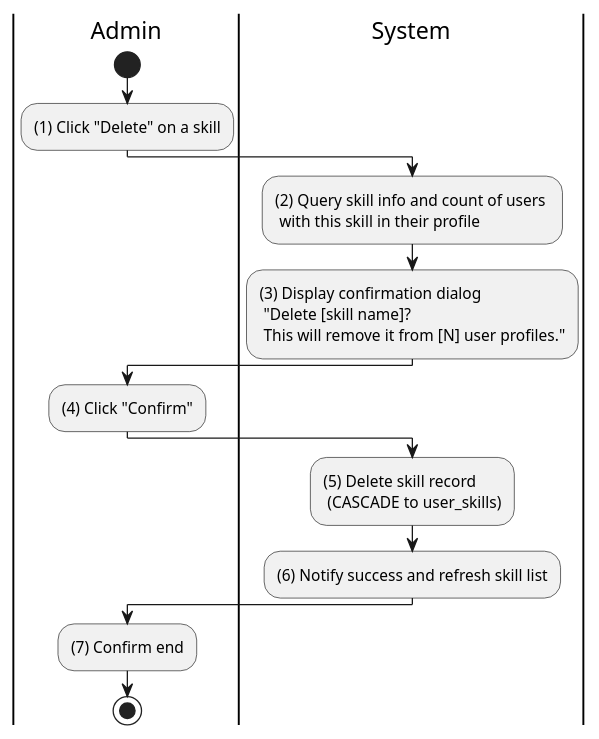
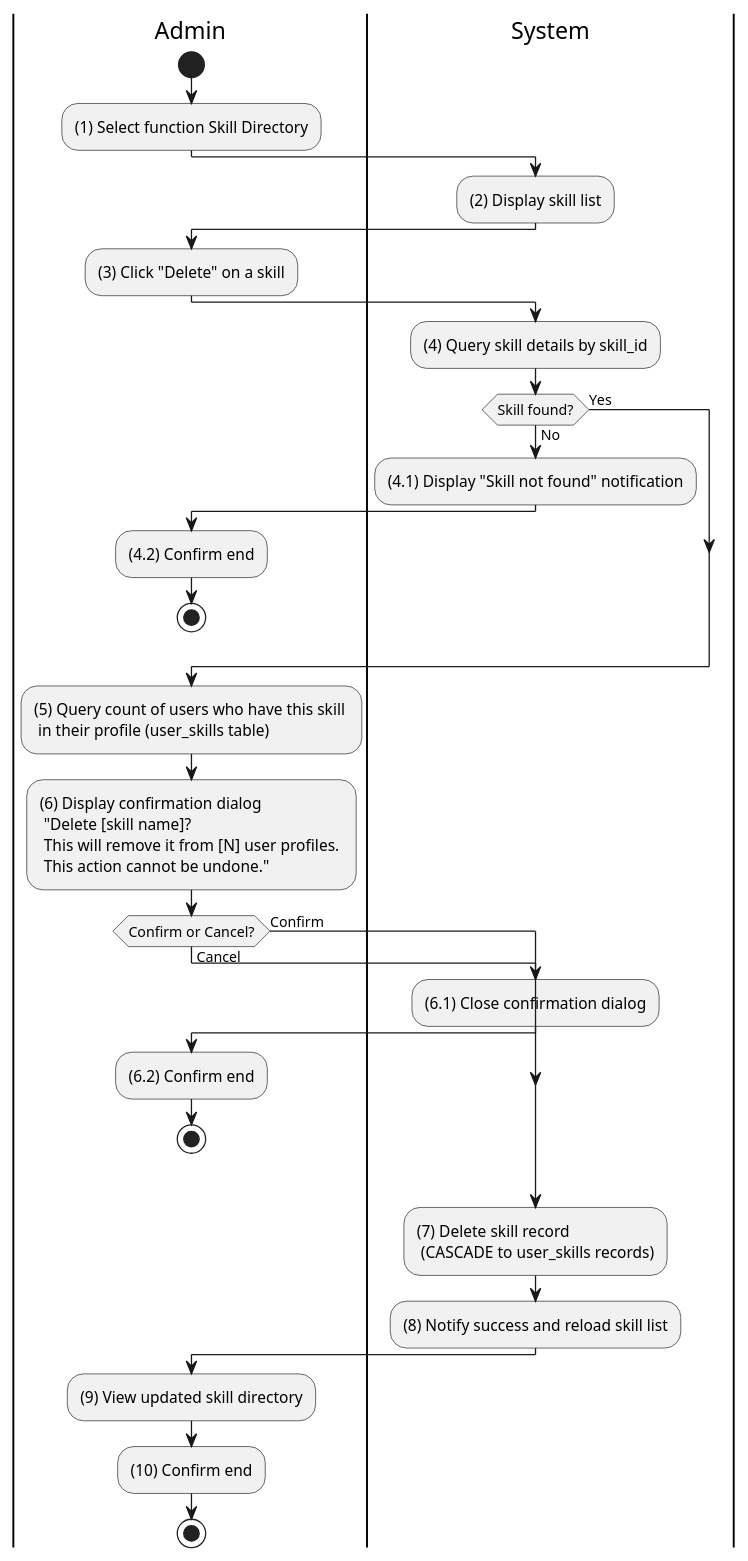
The diagram in docs/docs/activity/admin/delete-system-skill.md (taskpilot-platform/taskpilot-platform.github.io), drawn with PlantUML before and after one commit. The commit also changed 9 other files, not shown here.

First line of the commit message:
docs(activity): expand 10 short activity diagram files with detailed flows

````diff
--- a/docs/docs/activity/admin/delete-system-skill.md
+++ b/docs/docs/activity/admin/delete-system-skill.md
@@ -3,26 +3,51 @@
 ```plantuml
 @startuml
 |A|Admin
 |S|System
 
 |A|
 start
-:(1) Click "Delete" on a skill;
+
+:(1) Select function Skill Directory;
 
 |S|
-:(2) Query skill info and count of users \n with this skill in their profile;
-:(3) Display confirmation dialog \n "Delete [skill name]? \n This will remove it from [N] user profiles.";
+:(2) Display skill list;
 
 |A|
-:(4) Click "Confirm";
+:(3) Click "Delete" on a skill;
 
 |S|
-:(5) Delete skill record \n (CASCADE to user_skills);
-:(6) Notify success and refresh skill list;
+:(4) Query skill details by skill_id;
+
+if (Skill found?) then (No)
+  :(4.1) Display "Skill not found" notification;
+  |A|
+  :(4.2) Confirm end;
+  stop
+else (Yes)
+endif
+
+:(5) Query count of users who have this skill \n in their profile (user_skills table);
+:(6) Display confirmation dialog \n "Delete [skill name]? \n This will remove it from [N] user profiles. \n This action cannot be undone.";
 
 |A|
-:(7) Confirm end;
+if (Confirm or Cancel?) then (Cancel)
+  |S|
+  :(6.1) Close confirmation dialog;
+  |A|
+  :(6.2) Confirm end;
+  stop
+else (Confirm)
+endif
+
+|S|
+:(7) Delete skill record \n (CASCADE to user_skills records);
+:(8) Notify success and reload skill list;
+
+|A|
+:(9) View updated skill directory;
+:(10) Confirm end;
 
 stop
 @enduml
 ```
````
